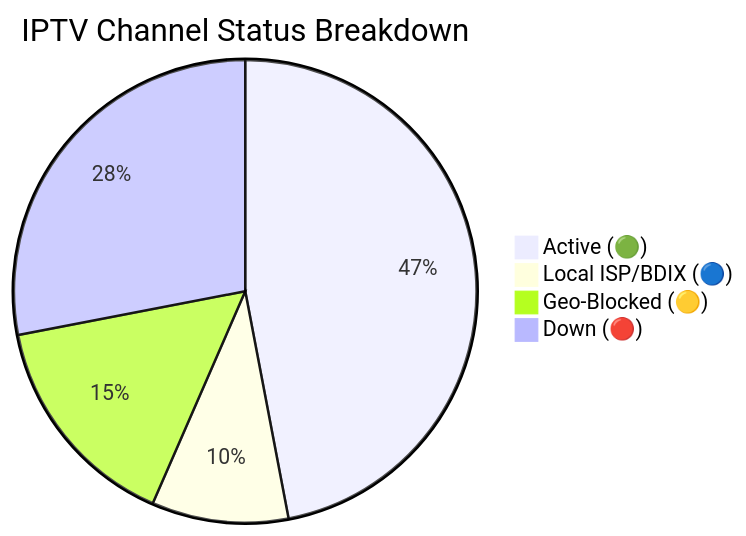
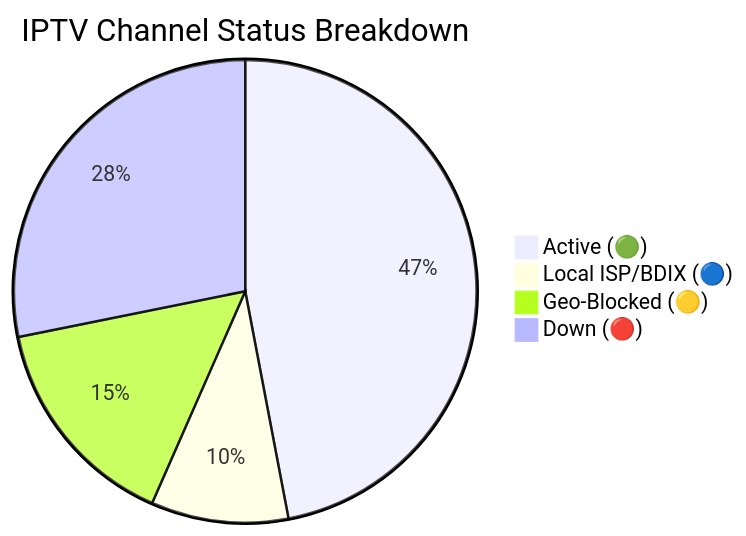
Before and after one commit to f6388600-ai/Web: the diagram in README.md, drawn with Mermaid. The commit also changed other lines of this file and 6 other files, not shown here.

````diff
--- a/README.md
+++ b/README.md
@@ -149,7 +149,7 @@
 ```mermaid
 pie title IPTV Channel Status Breakdown
-    "Active (🟢)" : 8050
-    "Local ISP/BDIX (🔵)" : 1635
-    "Geo-Blocked (🟡)" : 2642
-    "Down (🔴)" : 4801
+    "Active (🟢)" : 8067
+    "Local ISP/BDIX (🔵)" : 1646
+    "Geo-Blocked (🟡)" : 2615
+    "Down (🔴)" : 4835
 ```
````
